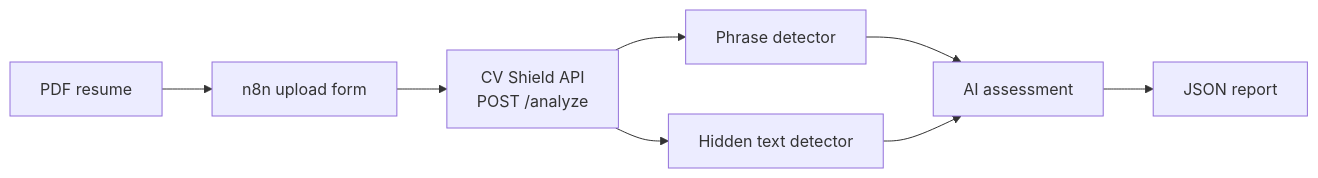
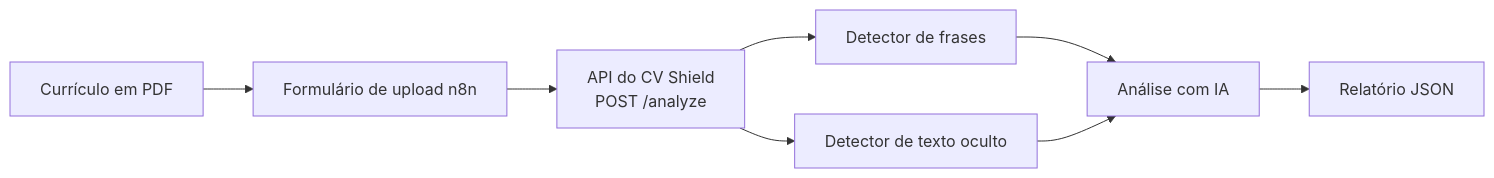
The diagram in README.md (rafaelalsilveira/cv-shield), drawn with Mermaid before and after one commit. The commit also changed other lines of this file, not shown here.

````diff
--- a/README.md
+++ b/README.md
@@ -33,10 +33,10 @@
 ```mermaid
 flowchart LR
-    A[PDF resume] --> B[n8n upload form]
-    B --> C[CV Shield API<br/>POST /analyze]
-    C --> D[Phrase detector]
-    C --> E[Hidden text detector]
-    D --> F[AI assessment]
+    A[Currículo em PDF] --> B[Formulário de upload n8n]
+    B --> C[API do CV Shield<br/>POST /analyze]
+    C --> D[Detector de frases]
+    C --> E[Detector de texto oculto]
+    D --> F[Análise com IA]
     E --> F
-    F --> G[JSON report]
+    F --> G[Relatório JSON]
 ```
````
